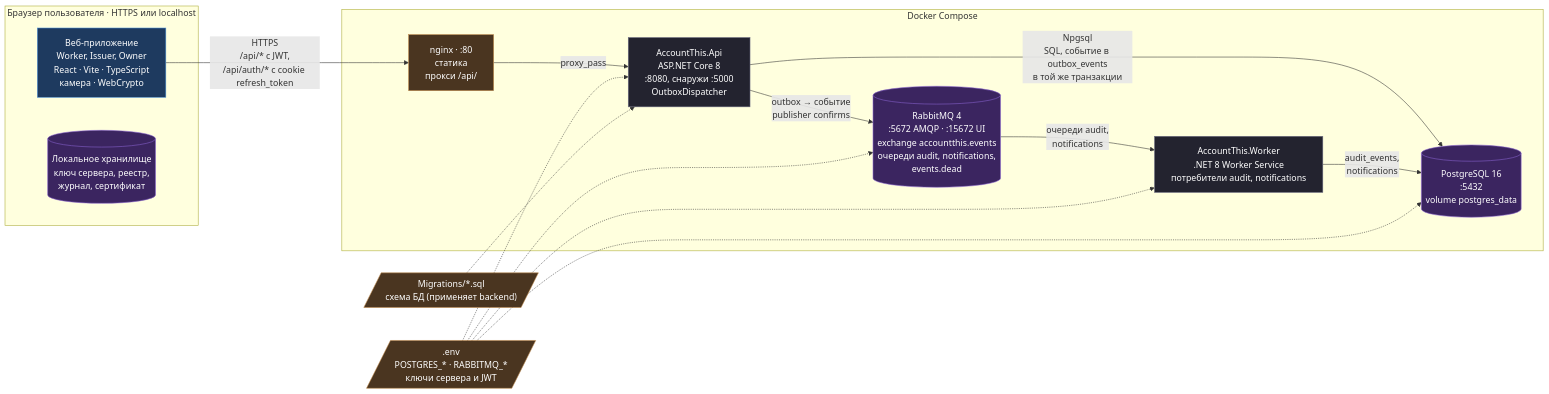
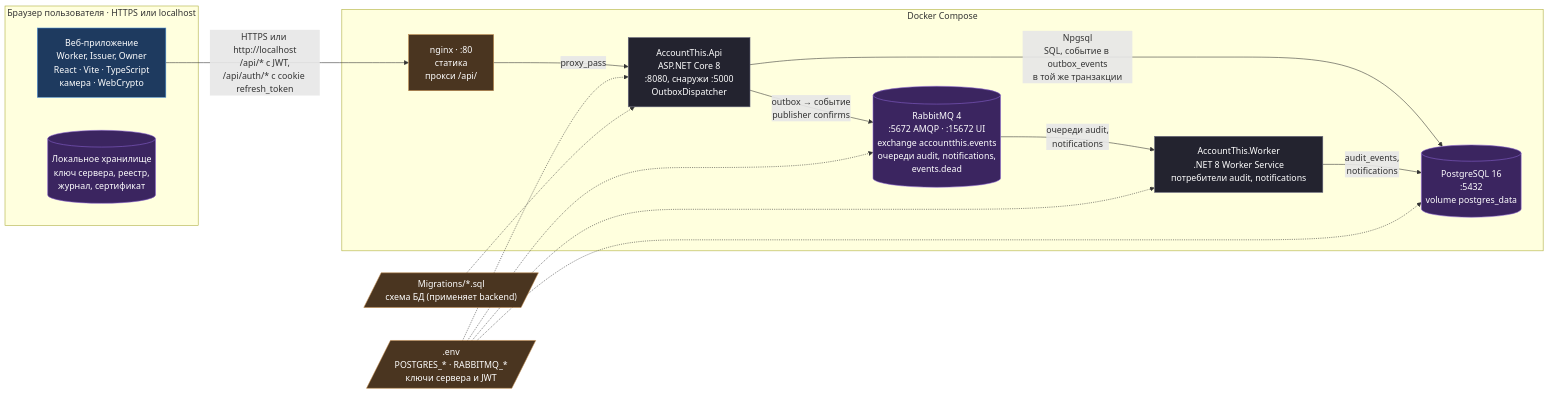
The diagram in docs/architecture/2-containers.mmd (nelex12/account-this), drawn with Mermaid before and after one commit. The commit also changed 24 other files, not shown here.

```diff
--- a/docs/architecture/2-containers.mmd
+++ b/docs/architecture/2-containers.mmd
@@ -1,47 +1,47 @@
 ---
 config:
   flowchart:
     diagramPadding: 60
     nodeSpacing: 60
     rankSpacing: 80
     wrappingWidth: 400
 ---
 flowchart LR
     subgraph Device["Браузер пользователя · HTTPS или localhost"]
         SPA["Веб-приложение<br/>Worker, Issuer, Owner<br/>React · Vite · TypeScript<br/>камера · WebCrypto"]
         Local[("Локальное хранилище<br/>ключ сервера, реестр,<br/>журнал, сертификат")]
     end
 
     subgraph Compose["Docker Compose"]
         Nginx["nginx · :80<br/>статика<br/>прокси /api/"]
         Backend["AccountThis.Api<br/>ASP.NET Core 8<br/>:8080, снаружи :5000<br/>OutboxDispatcher"]
         Worker["AccountThis.Worker<br/>.NET 8 Worker Service<br/>потребители audit, notifications"]
         Postgres[("PostgreSQL 16<br/>:5432<br/>volume postgres_data")]
         Rabbit[("RabbitMQ 4<br/>:5672 AMQP · :15672 UI<br/>exchange accountthis.events<br/>очереди audit, notifications,<br/>events.dead")]
     end
 
     Env[/".env<br/>POSTGRES_* · RABBITMQ_*<br/>ключи сервера и JWT"/]
     Init[/"Migrations/*.sql<br/>схема БД (применяет backend)"/]
 
-    SPA -->|"HTTPS<br/>/api/* с JWT,<br/>/api/auth/* с cookie refresh_token"| Nginx
+    SPA -->|"HTTPS или http://localhost<br/>/api/* с JWT,<br/>/api/auth/* с cookie refresh_token"| Nginx
     Nginx -->|"proxy_pass"| Backend
     Backend -->|"Npgsql<br/>SQL, событие в outbox_events<br/>в той же транзакции"| Postgres
     Backend -->|"outbox → событие<br/>publisher confirms"| Rabbit
     Rabbit -->|"очереди audit,<br/>notifications"| Worker
     Worker -->|"audit_events,<br/>notifications"| Postgres
 
     Env -.-> Backend
     Env -.-> Worker
     Env -.-> Postgres
     Env -.-> Rabbit
     Init -.-> Backend
 
     classDef front fill:#1e3a5f,stroke:#4a8fd6,color:#fff
     classDef infra fill:#4a3520,stroke:#c08a4a,color:#fff
     classDef code fill:#23232f,stroke:#6b6b80,color:#fff
     classDef db fill:#3b2560,stroke:#8a63d2,color:#fff
 
     class SPA front
     class Nginx,Env,Init infra
     class Backend,Worker code
     class Postgres,Rabbit,Local db
```
